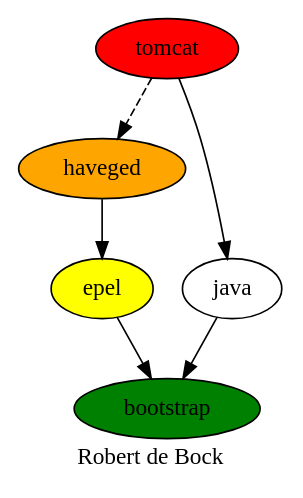
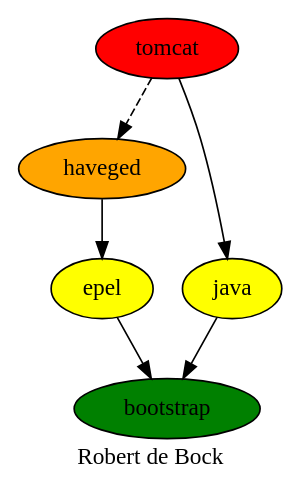
The diagram in tomcat.dot (robertdebock/robertdebock.github.io), drawn with Graphviz before and after one commit.

Commit message:
adding color.

```diff
--- a/tomcat.dot
+++ b/tomcat.dot
@@ -1,14 +1,15 @@
 digraph PhiloDilemma {
   label = "Robert de Bock" ;
   overlap=false
   {
     bootstrap [fillcolor=green style=filled]
     epel [fillcolor=yellow style=filled]
     haveged [fillcolor=orange style=filled]
+    java [fillcolor=yellow style=filled]
     tomcat [fillcolor=red style=filled]
   }
   {epel java} -> bootstrap
   haveged -> epel
   tomcat -> java
   tomcat -> haveged [style=dashed]
 }
```
